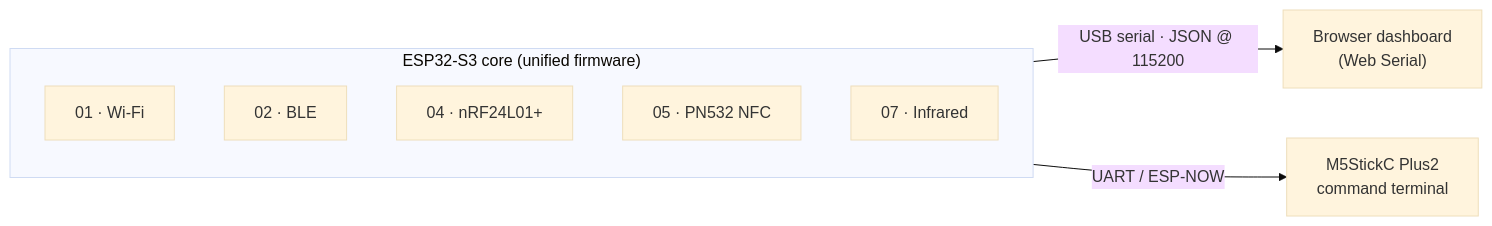
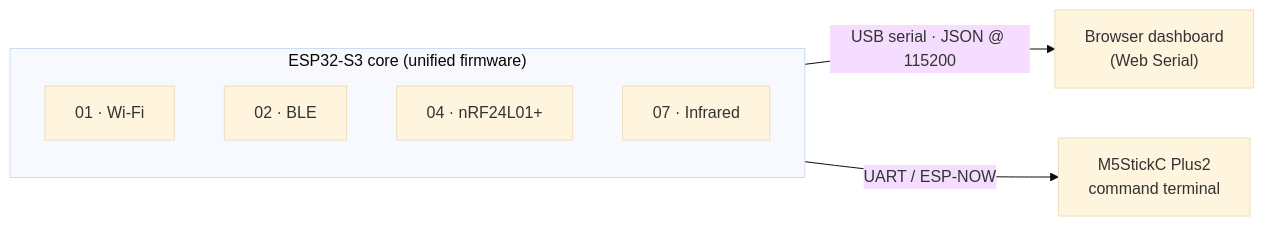
One commit to 0xjyotir/cyberdeck-esp32s3 changed the diagram in README.md. Above: the diagram before and after it, drawn with Mermaid (base theme). The commit also changed other lines of this file and 23 other files, not shown here.

````diff
--- a/README.md
+++ b/README.md
@@ -34,12 +34,11 @@
 ```mermaid
 flowchart LR
     subgraph Deck["ESP32-S3 core (unified firmware)"]
         WIFI["01 · Wi-Fi"]
         BLE["02 · BLE"]
         NRF["04 · nRF24L01+"]
-        NFC["05 · PN532 NFC"]
         IR["07 · Infrared"]
     end
     Deck -- "USB serial · JSON @ 115200" --> DASH["Browser dashboard<br/>(Web Serial)"]
     Deck -- "UART / ESP-NOW" --> M5["M5StickC Plus2<br/>command terminal"]
 ```
````
